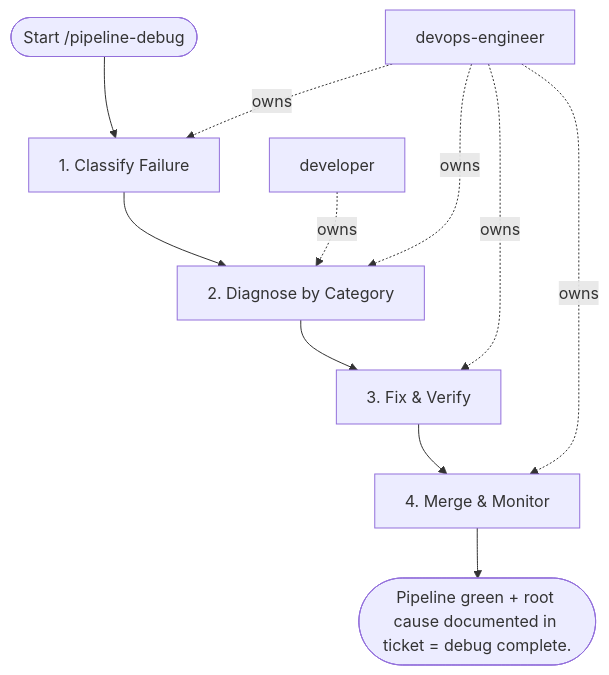
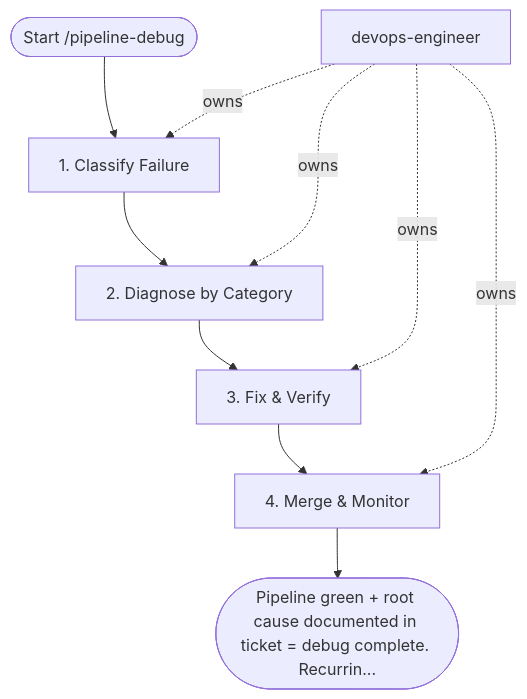
The diagram in areas/devops/ci-cd/workflows/pipeline-debug.md (sawrus/agent-guides), drawn with Mermaid before and after one commit. The commit also changed other lines of this file and 88 other files, not shown here.

````diff
--- a/areas/devops/ci-cd/workflows/pipeline-debug.md
+++ b/areas/devops/ci-cd/workflows/pipeline-debug.md
@@ -68,21 +75,19 @@
 ```mermaid
 flowchart TD
   start(["Start /pipeline-debug"])
   role_1["devops-engineer"]
-  role_2["developer"]
   step_1["1. Classify Failure"]
   step_2["2. Diagnose by Category"]
   step_3["3. Fix & Verify"]
   step_4["4. Merge & Monitor"]
-  exit(["Pipeline green + root cause documented in ticket = debug complete."])
+  exit(["Pipeline green + root cause documented in ticket = debug complete. Recurrin..."])
   start --> step_1
   step_1 --> step_2
   step_2 --> step_3
   step_3 --> step_4
   step_4 --> exit
   role_1 -. owns .-> step_1
-  role_2 -. owns .-> step_2
   role_1 -. owns .-> step_2
   role_1 -. owns .-> step_3
   role_1 -. owns .-> step_4
 ```
````
